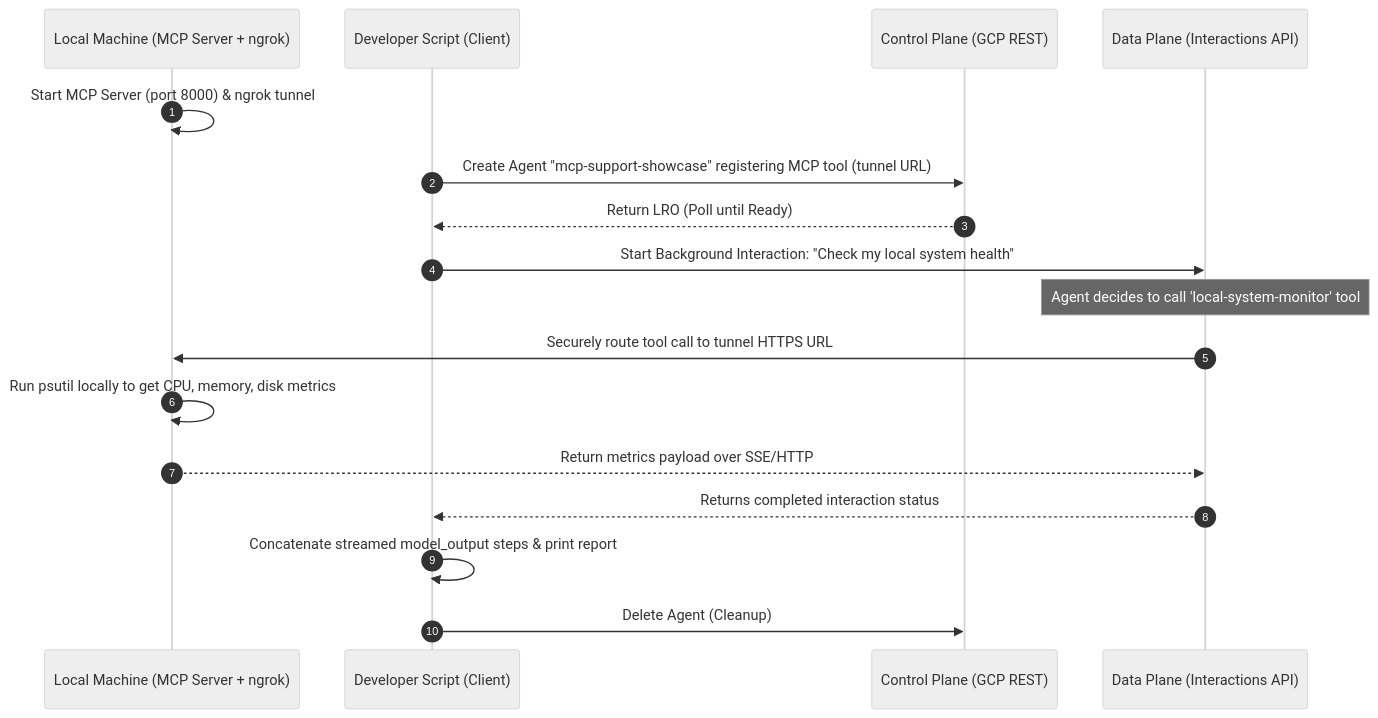
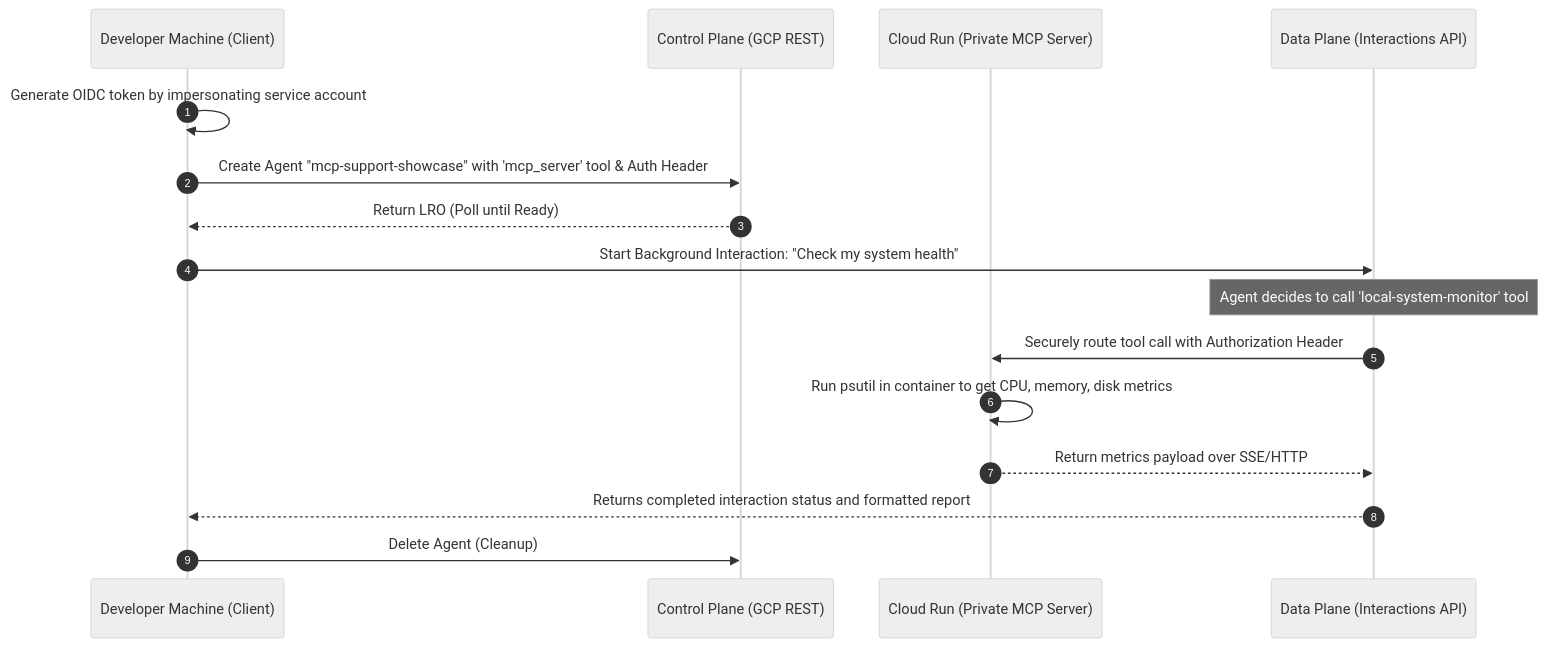
The diagram in showcase/mcp_support/README.md (fuzerg/Google-Agents-API-Examples), drawn with Mermaid (neutral theme) before and after one commit. The commit also changed other lines of this file and 3 other files, not shown here.

Commit message:
Feat: Add Cloud Run deployment and OIDC auth support for MCP server

````diff
--- a/showcase/mcp_support/README.md
+++ b/showcase/mcp_support/README.md
@@ -9,20 +15,19 @@
 ```mermaid
 sequenceDiagram
     autonumber
-    participant Local as Local Machine (MCP Server + ngrok)
-    participant Script as Developer Script (Client)
+    participant Developer as Developer Machine (Client)
     participant CP as Control Plane (GCP REST)
+    participant CR as Cloud Run (Private MCP Server)
     participant DP as Data Plane (Interactions API)
     
-    Local->>Local: Start MCP Server (port 8000) & ngrok tunnel
-    Script->>CP: Create Agent "mcp-support-showcase" registering MCP tool (tunnel URL)
-    CP-->>Script: Return LRO (Poll until Ready)
-    Script->>DP: Start Background Interaction: "Check my local system health"
+    Developer->>Developer: Generate OIDC token by impersonating service account
+    Developer->>CP: Create Agent "mcp-support-showcase" with 'mcp_server' tool & Auth Header
+    CP-->>Developer: Return LRO (Poll until Ready)
+    Developer->>DP: Start Background Interaction: "Check my system health"
     Note over DP: Agent decides to call 'local-system-monitor' tool
-    DP->>Local: Securely route tool call to tunnel HTTPS URL
-    Local->>Local: Run psutil locally to get CPU, memory, disk metrics
-    Local-->>DP: Return metrics payload over SSE/HTTP
-    DP-->>Script: Returns completed interaction status
-    Script->>Script: Concatenate streamed model_output steps & print report
-    Script->>CP: Delete Agent (Cleanup)
+    DP->>CR: Securely route tool call with Authorization Header
+    CR->>CR: Run psutil in container to get CPU, memory, disk metrics
+    CR-->>DP: Return metrics payload over SSE/HTTP
+    DP-->>Developer: Returns completed interaction status and formatted report
+    Developer->>CP: Delete Agent (Cleanup)
 ```
````
